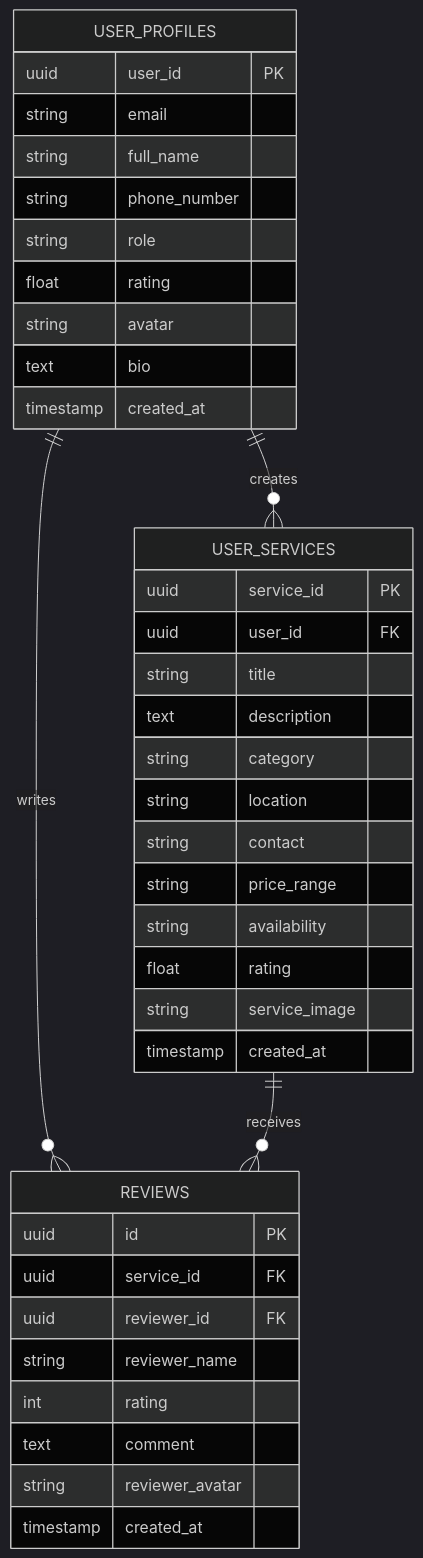
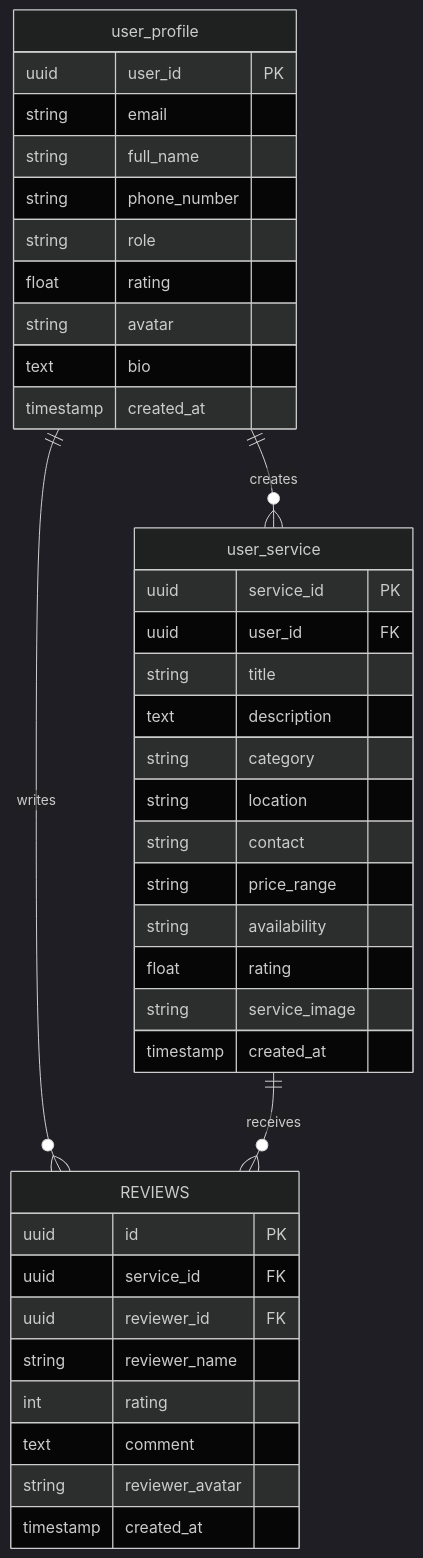
The fourth of 11 diagrams in docs/business/technical-architecture.md (tamadekk/RukaTi), drawn with Mermaid (dark theme) before and after one commit. The commit also changed other lines of this file and 11 other files, not shown here.

````diff
--- a/docs/business/technical-architecture.md
+++ b/docs/business/technical-architecture.md
@@ -270,44 +270,44 @@
 ```mermaid
 erDiagram
-    USER_PROFILES ||--o{ USER_SERVICES : creates
-    USER_PROFILES ||--o{ REVIEWS : writes
-    USER_SERVICES ||--o{ REVIEWS : receives
+    user_profile ||--o{ user_service : creates
+    user_profile ||--o{ REVIEWS : writes
+    user_service ||--o{ REVIEWS : receives
 
-    USER_PROFILES {
+    user_profile {
         uuid user_id PK
         string email
         string full_name
         string phone_number
         string role
         float rating
         string avatar
         text bio
         timestamp created_at
     }
 
-    USER_SERVICES {
+    user_service {
         uuid service_id PK
         uuid user_id FK
         string title
         text description
         string category
         string location
         string contact
         string price_range
         string availability
         float rating
         string service_image
         timestamp created_at
     }
 
     REVIEWS {
         uuid id PK
         uuid service_id FK
         uuid reviewer_id FK
         string reviewer_name
         int rating
         text comment
         string reviewer_avatar
         timestamp created_at
     }
 ```
````
